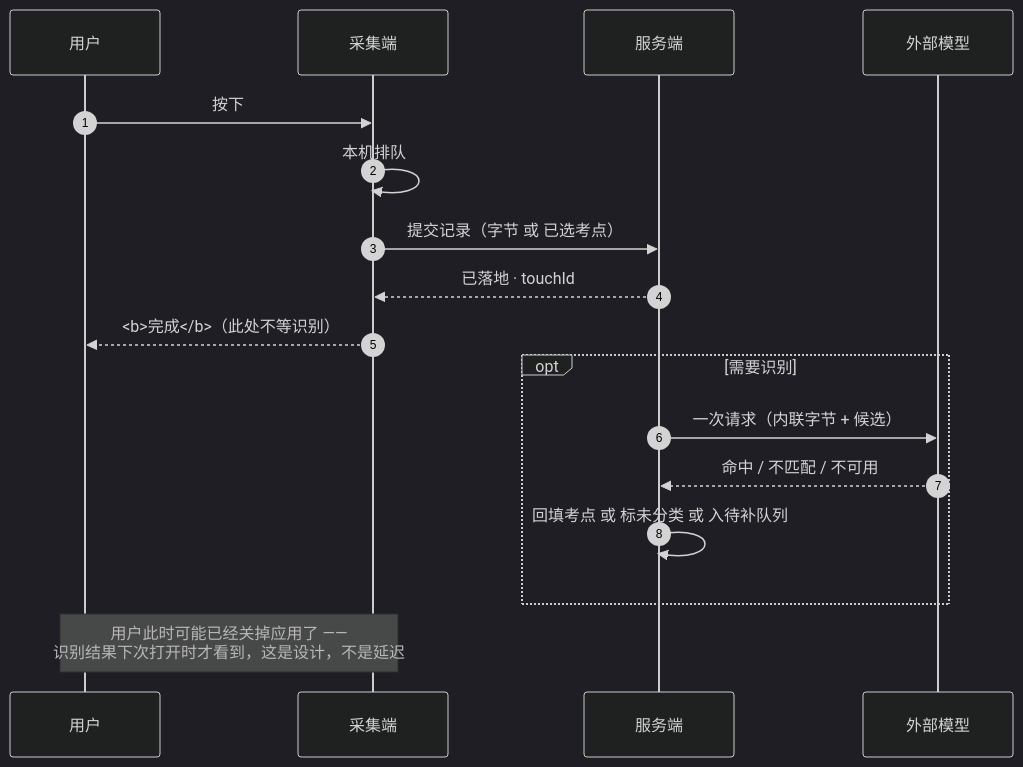
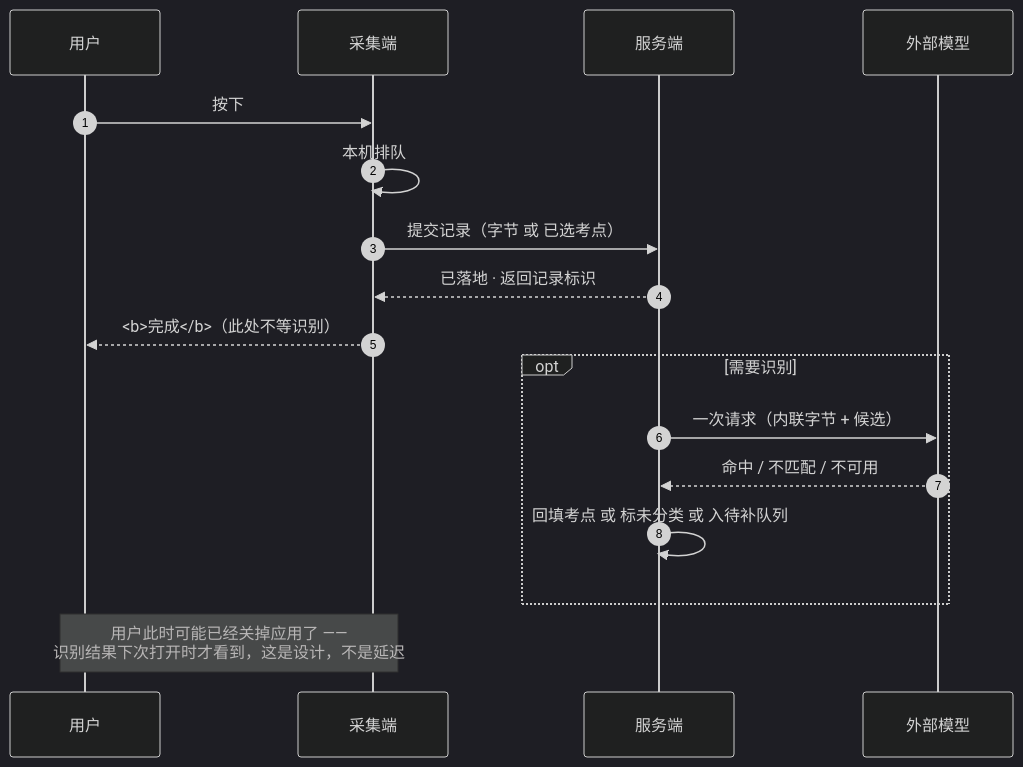
Before and after one commit to chenyuanjin/kubic: the second of 2 diagrams in docs/product/24-模块B-采集层.md, drawn with Mermaid (dark theme). The commit also changed other lines of this file and 20 other files, not shown here.

````diff
--- a/docs/product/24-模块B-采集层.md
+++ b/docs/product/24-模块B-采集层.md
@@ -124,21 +125,21 @@
 ```mermaid
 sequenceDiagram
     autonumber
     participant U as 用户
     participant C as 采集端
     participant S as 服务端
     participant M as 外部模型
 
     U->>C: 按下
     C->>C: 本机排队
     C->>S: 提交记录（字节 或 已选考点）
-    S-->>C: 已落地 · touchId
+    S-->>C: 已落地 · 返回记录标识
     C-->>U: <b>完成</b>（此处不等识别）
 
     opt 需要识别
         S->>M: 一次请求（内联字节 + 候选）
         M-->>S: 命中 / 不匹配 / 不可用
         S->>S: 回填考点 或 标未分类 或 入待补队列
     end
     Note over U,C: 用户此时可能已经关掉应用了 —— <br/>识别结果下次打开时才看到，这是设计，不是延迟
 ```
````
